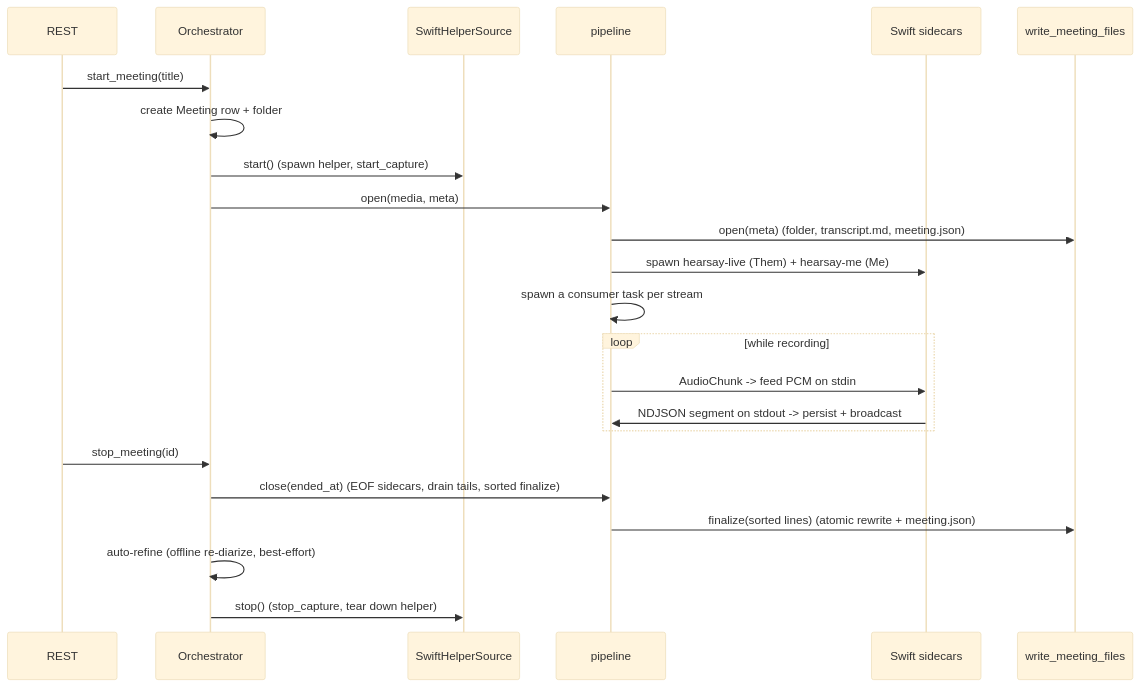
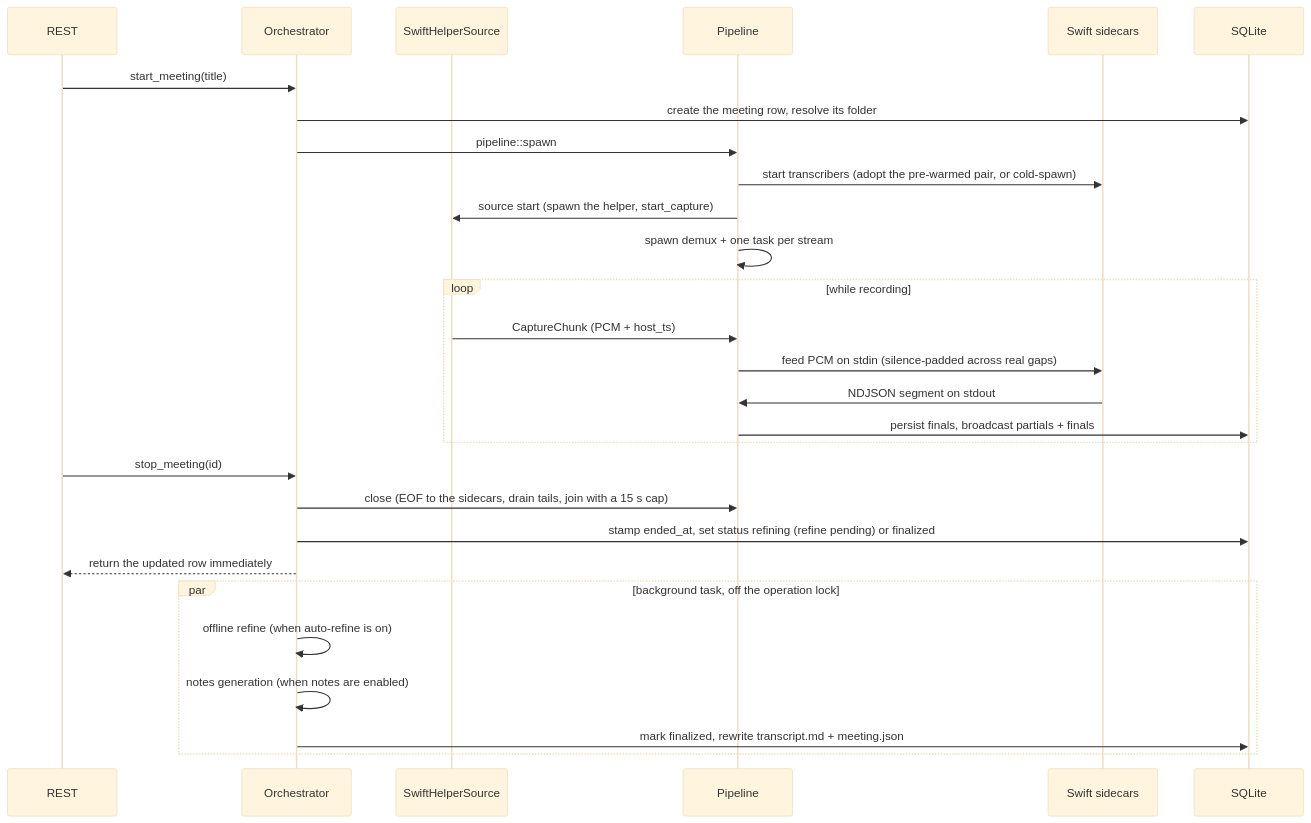
The second of 2 diagrams in docs/pipeline.md (rwiseman87/hearsay), drawn with Mermaid (base theme) before and after one commit. The commit also changed other lines of this file and 17 other files, not shown here.

First line of the commit message:
docs: rewrite documentation for current state; add architecture.md

````diff
--- a/docs/pipeline.md
+++ b/docs/pipeline.md
@@ -43,26 +43,31 @@
 ```mermaid
 sequenceDiagram
-  participant API as REST
-  participant SM as Orchestrator
-  participant Cap as SwiftHelperSource
-  participant P as pipeline
-  participant Side as Swift sidecars
-  participant Sink as write_meeting_files
+    participant API as REST
+    participant O as Orchestrator
+    participant Cap as SwiftHelperSource
+    participant P as Pipeline
+    participant Side as Swift sidecars
+    participant DB as SQLite
 
-  API->>SM: start_meeting(title)
-  SM->>SM: create Meeting row + folder
-  SM->>Cap: start()  (spawn helper, start_capture)
-  SM->>P: open(media, meta)
-  P->>Sink: open(meta)  (folder, transcript.md, meeting.json)
-  P->>Side: spawn hearsay-live (Them) + hearsay-me (Me)
-  P->>P: spawn a consumer task per stream
-  loop while recording
-    P->>Side: AudioChunk -> feed PCM on stdin
-    Side->>P: NDJSON segment on stdout -> persist + broadcast
-  end
-  API->>SM: stop_meeting(id)
-  SM->>P: close(ended_at)  (EOF sidecars, drain tails, sorted finalize)
-  P->>Sink: finalize(sorted lines)  (atomic rewrite + meeting.json)
-  SM->>SM: auto-refine (offline re-diarize, best-effort)
-  SM->>Cap: stop()  (stop_capture, tear down helper)
+    API->>O: start_meeting(title)
+    O->>DB: create the meeting row, resolve its folder
+    O->>P: pipeline::spawn
+    P->>Side: start transcribers (adopt the pre-warmed pair, or cold-spawn)
+    P->>Cap: source start (spawn the helper, start_capture)
+    P->>P: spawn demux + one task per stream
+    loop while recording
+        Cap->>P: CaptureChunk (PCM + host_ts)
+        P->>Side: feed PCM on stdin (silence-padded across real gaps)
+        Side->>P: NDJSON segment on stdout
+        P->>DB: persist finals, broadcast partials + finals
+    end
+    API->>O: stop_meeting(id)
+    O->>P: close (EOF to the sidecars, drain tails, join with a 15 s cap)
+    O->>DB: stamp ended_at, set status refining (refine pending) or finalized
+    O-->>API: return the updated row immediately
+    par background task, off the operation lock
+        O->>O: offline refine (when auto-refine is on)
+        O->>O: notes generation (when notes are enabled)
+        O->>DB: mark finalized, rewrite transcript.md + meeting.json
+    end
 ```
````
